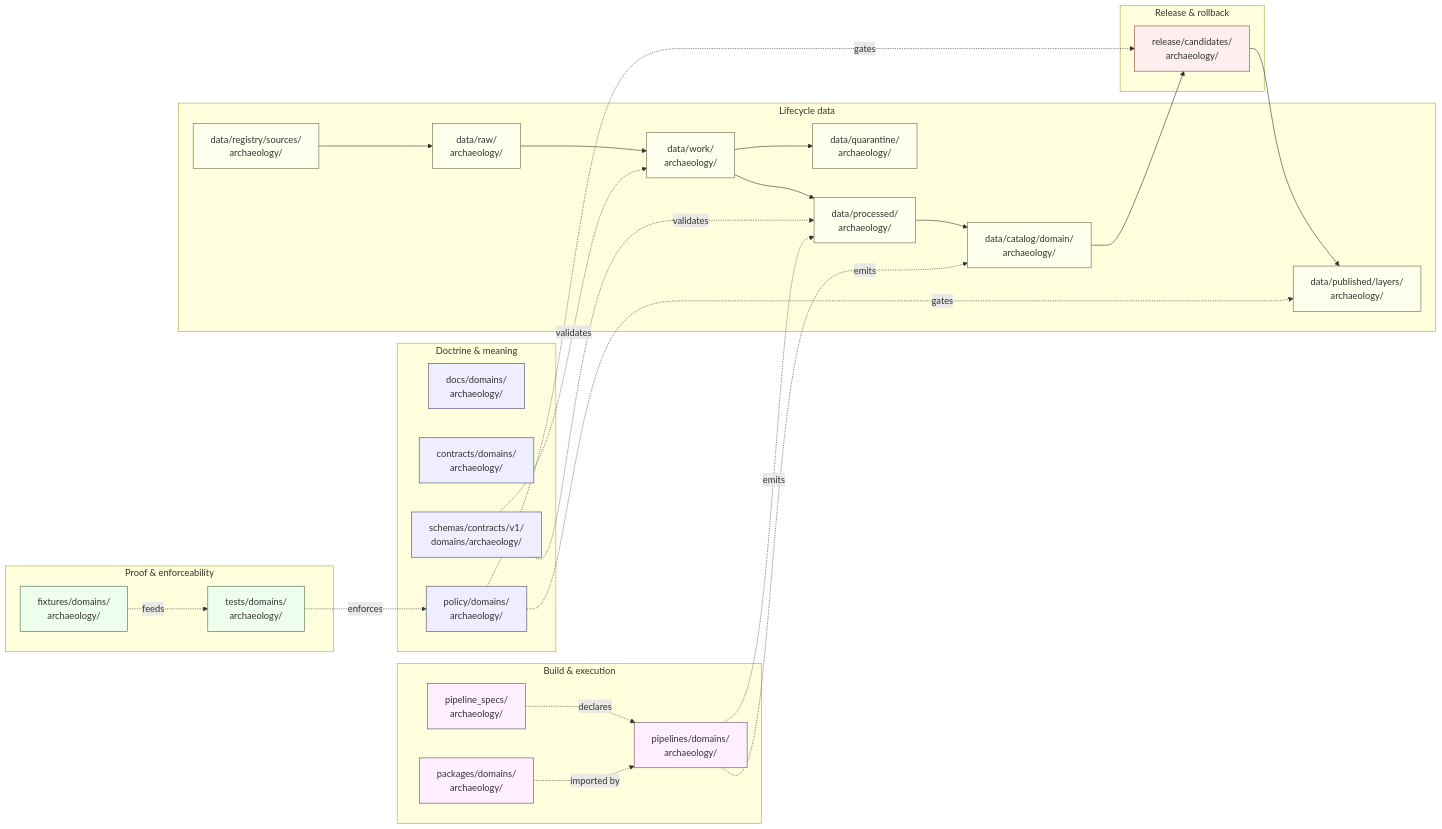
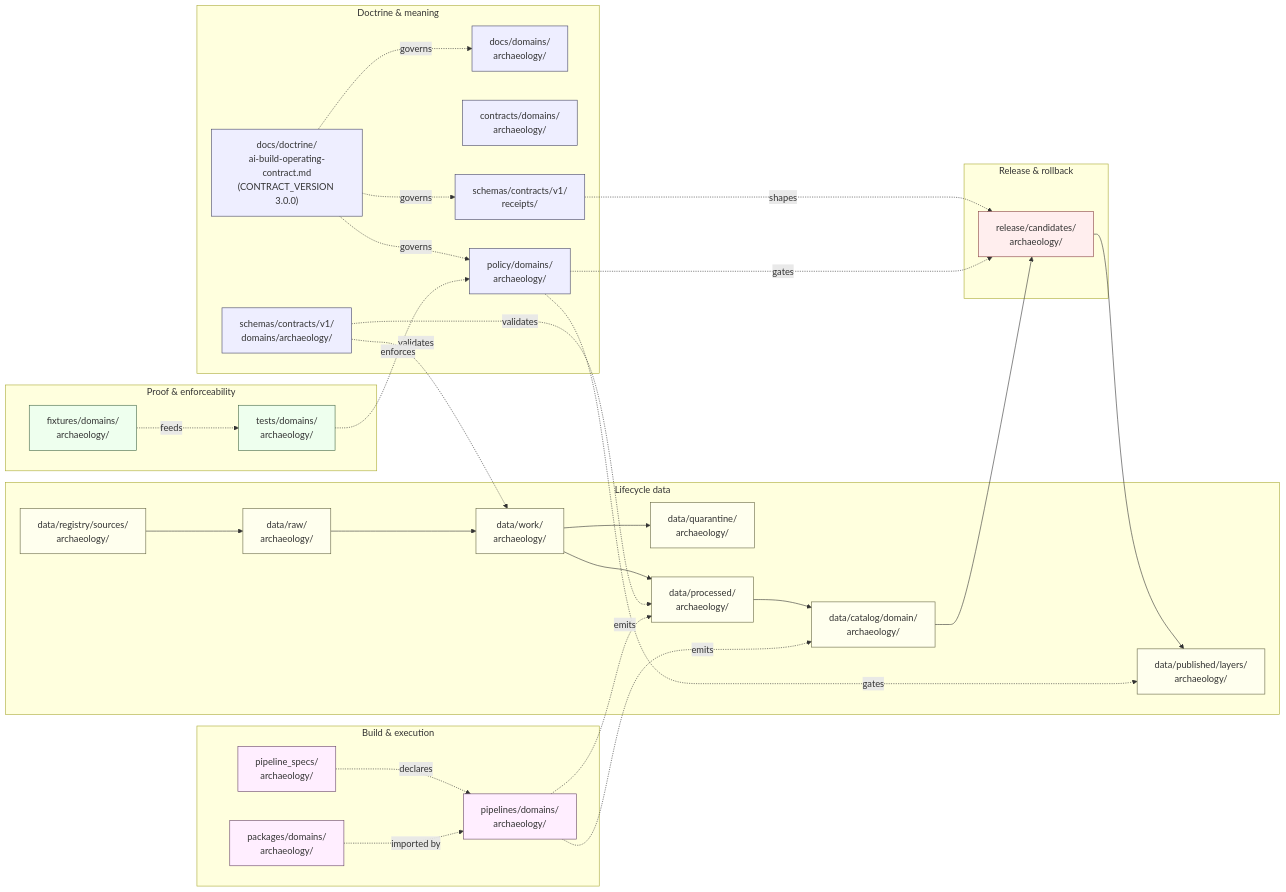
The diagram in docs/domains/archaeology/FILE_SYSTEM_PLAN.md (bartytime4life/Kansas-Frontier-Matrix), drawn with Mermaid before and after one commit. The commit also changed other lines of this file, not shown here.

````diff
--- a/docs/domains/archaeology/FILE_SYSTEM_PLAN.md
+++ b/docs/domains/archaeology/FILE_SYSTEM_PLAN.md
@@ -137,61 +165,68 @@
 ```mermaid
 flowchart LR
   subgraph Doctrine[Doctrine & meaning]
+    OC["docs/doctrine/<br/>ai-build-operating-contract.md<br/>(CONTRACT_VERSION 3.0.0)"]
     DOCS["docs/domains/<br/>archaeology/"]
     CON["contracts/domains/<br/>archaeology/"]
     SCH["schemas/contracts/v1/<br/>domains/archaeology/"]
+    RCPT["schemas/contracts/v1/<br/>receipts/"]
     POL["policy/domains/<br/>archaeology/"]
   end
 
   subgraph Proof[Proof & enforceability]
     TST["tests/domains/<br/>archaeology/"]
     FIX["fixtures/domains/<br/>archaeology/"]
   end
 
   subgraph Build[Build & execution]
     PKG["packages/domains/<br/>archaeology/"]
     PSP["pipeline_specs/<br/>archaeology/"]
     PIP["pipelines/domains/<br/>archaeology/"]
   end
 
   subgraph Lifecycle[Lifecycle data]
     REG["data/registry/sources/<br/>archaeology/"]
     RAW["data/raw/<br/>archaeology/"]
     WRK["data/work/<br/>archaeology/"]
     QRN["data/quarantine/<br/>archaeology/"]
     PRC["data/processed/<br/>archaeology/"]
     CAT["data/catalog/domain/<br/>archaeology/"]
     PUB["data/published/layers/<br/>archaeology/"]
   end
 
   subgraph Release[Release & rollback]
     RC["release/candidates/<br/>archaeology/"]
   end
 
+  OC -.governs.-> DOCS
+  OC -.governs.-> POL
+  OC -.governs.-> RCPT
+
   REG --> RAW --> WRK
   WRK --> PRC
   WRK --> QRN
   PRC --> CAT --> RC --> PUB
 
   SCH -.validates.-> WRK
   SCH -.validates.-> PRC
+  RCPT -.shapes.-> RC
   POL -.gates.-> RC
   POL -.gates.-> PUB
   TST -.enforces.-> POL
   FIX -.feeds.-> TST
   PSP -.declares.-> PIP
   PIP -.emits.-> PRC
   PIP -.emits.-> CAT
   PKG -.imported by.-> PIP
 
   classDef doctrine fill:#eef,stroke:#446;
   classDef proof fill:#efe,stroke:#464;
   classDef build fill:#fef,stroke:#646;
   classDef life fill:#ffe,stroke:#664;
   classDef rel fill:#fee,stroke:#844;
-  class DOCS,CON,SCH,POL doctrine;
+  class OC,DOCS,CON,SCH,RCPT,POL doctrine;
   class TST,FIX proof;
   class PKG,PSP,PIP build;
   class REG,RAW,WRK,QRN,PRC,CAT,PUB life;
   class RC rel;
 ```
````
